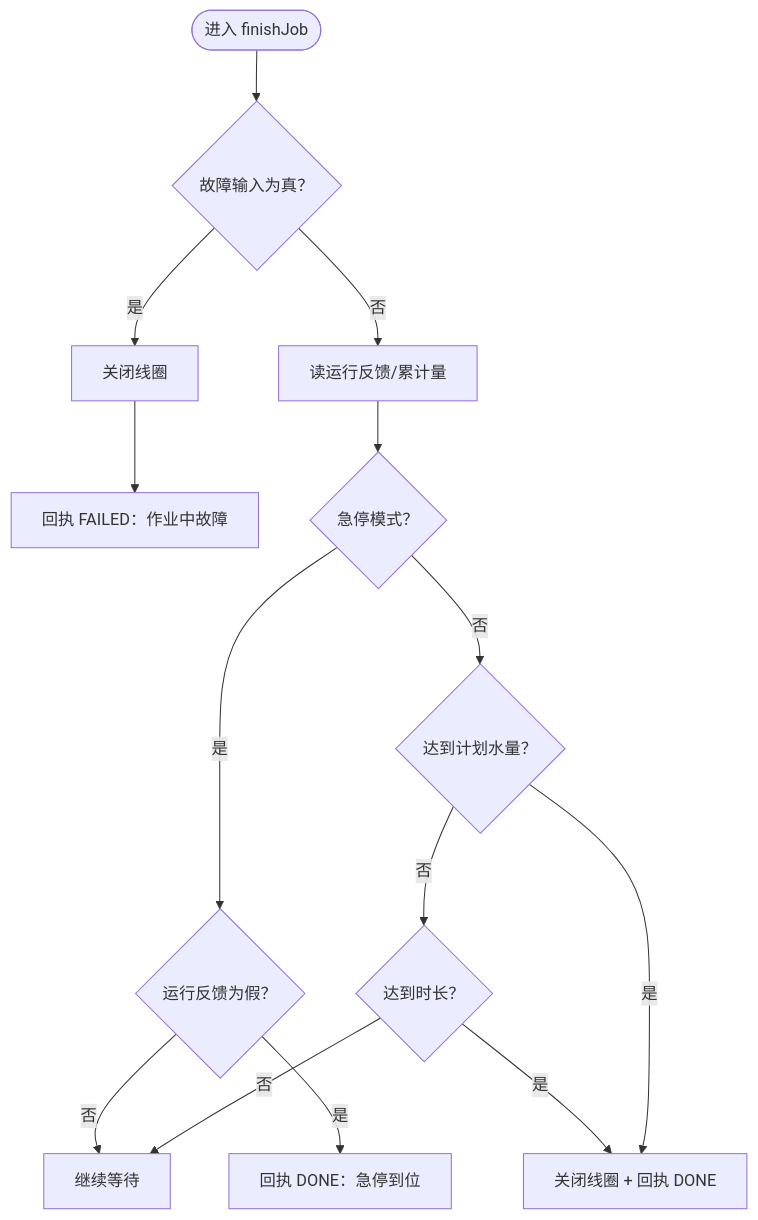
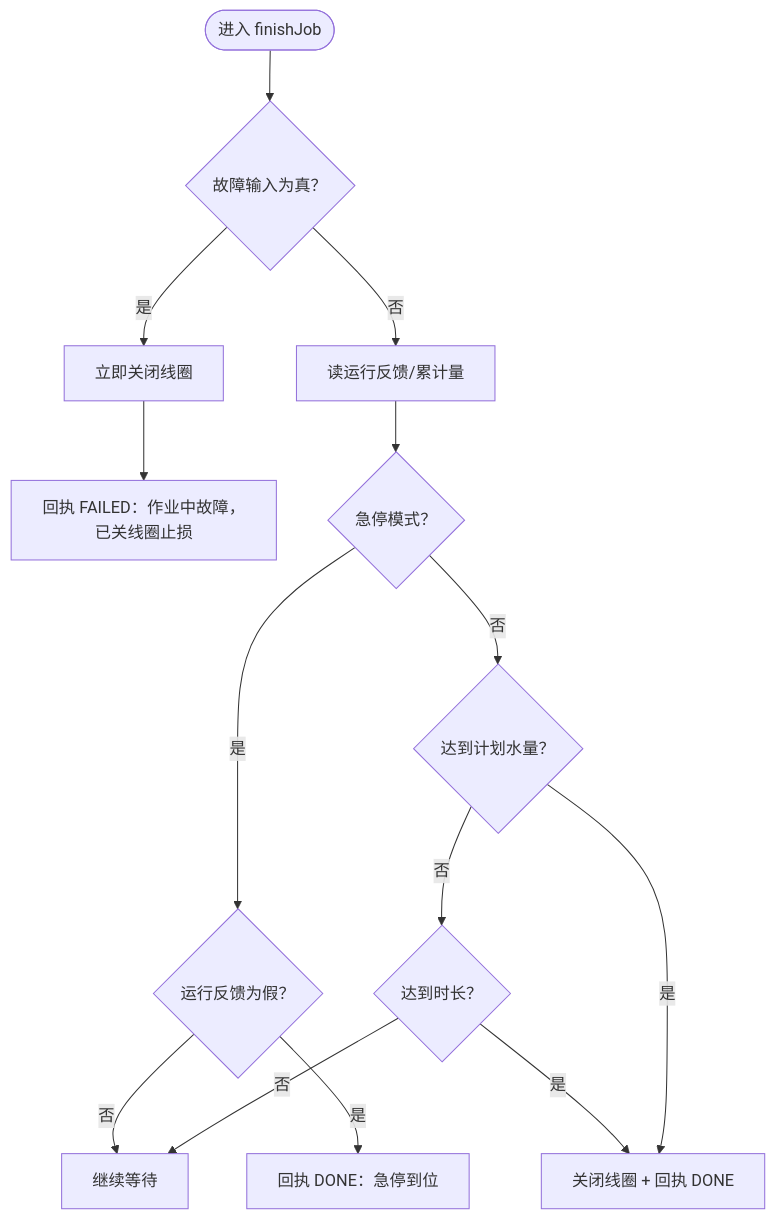
One commit to q446328246/agri-platform changed the seventh of 8 diagrams in .qoder/repowiki/zh/content/核心服务文档/物联网设备管理/字段网关系统.md. Above: the diagram before and after it, drawn with Mermaid. The commit also changed other lines of this file and 25 other files, not shown here.

````diff
--- a/.qoder/repowiki/zh/content/核心服务文档/物联网设备管理/字段网关系统.md
+++ b/.qoder/repowiki/zh/content/核心服务文档/物联网设备管理/字段网关系统.md
@@ -343,16 +362,16 @@
 ```mermaid
 flowchart TD
 Enter(["进入 finishJob"]) --> FaultCheck{"故障输入为真？"}
-FaultCheck --> |是| StopCoil["关闭线圈"]
-StopCoil --> ReportFailed["回执 FAILED：作业中故障"]
+FaultCheck --> |是| StopCoil["立即关闭线圈"]
+StopCoil --> ReportFailed["回执 FAILED：作业中故障，已关线圈止损"]
 FaultCheck --> |否| ReadState["读运行反馈/累计量"]
 ReadState --> EStop{"急停模式？"}
 EStop --> |是| Running{"运行反馈为假？"}
 Running --> |否| WaitMore["继续等待"]
 Running --> |是| DoneEStop["回执 DONE：急停到位"]
 EStop --> |否| VolumeReached{"达到计划水量？"}
 VolumeReached --> |否| DurationReached{"达到时长？"}
 DurationReached --> |否| WaitMore
 DurationReached --> |是| CloseAndReport["关闭线圈 + 回执 DONE"]
 VolumeReached --> |是| CloseAndReport
 ```
````
